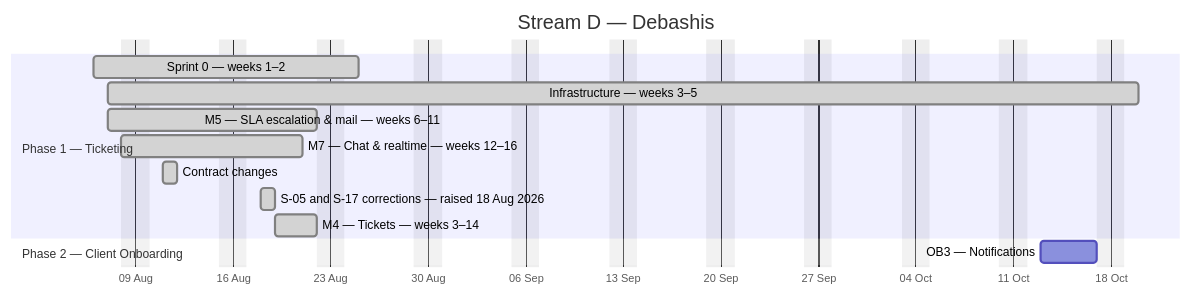
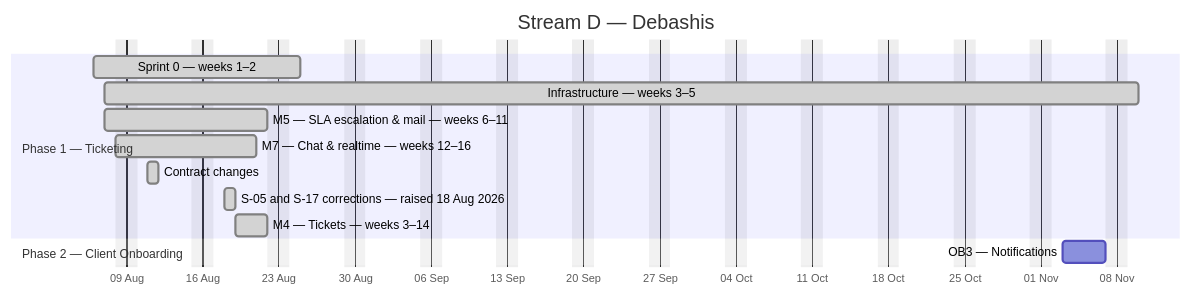
The fourth of 4 diagrams in docs/plan/GANTT.md (debashisedunext/EduTrack), drawn with Mermaid before and after one commit. The commit also changed other lines of this file and 2 other files, not shown here.

````diff
--- a/docs/plan/GANTT.md
+++ b/docs/plan/GANTT.md
@@ -173,17 +173,17 @@
 ```mermaid
 gantt
     dateFormat YYYY-MM-DD
     axisFormat %d %b
     title Stream D — Debashis
     excludes weekends
     section Phase 1 — Ticketing
     Sprint 0 — weeks 1–2 :done, d0, 2026-08-06, 13d
-    Infrastructure — weeks 3–5 :done, d1, 2026-08-07, 52d
+    Infrastructure — weeks 3–5 :done, d1, 2026-08-07, 67d
     M5 — SLA  escalation & mail — weeks 6–11 :done, d2, 2026-08-07, 11d
     M7 — Chat & realtime — weeks 12–16 :done, d3, 2026-08-08, 10d
     Contract changes :done, d4, 2026-08-11, 1d
     S-05 and S-17 corrections — raised 18 Aug 2026 :done, d5, 2026-08-18, 1d
     M4 — Tickets — weeks 3–14 :done, d6, 2026-08-19, 3d
     section Phase 2 — Client Onboarding
-    OB3 — Notifications :d7, 2026-10-13, 4d
+    OB3 — Notifications :d7, 2026-11-03, 4d
 ```
````
